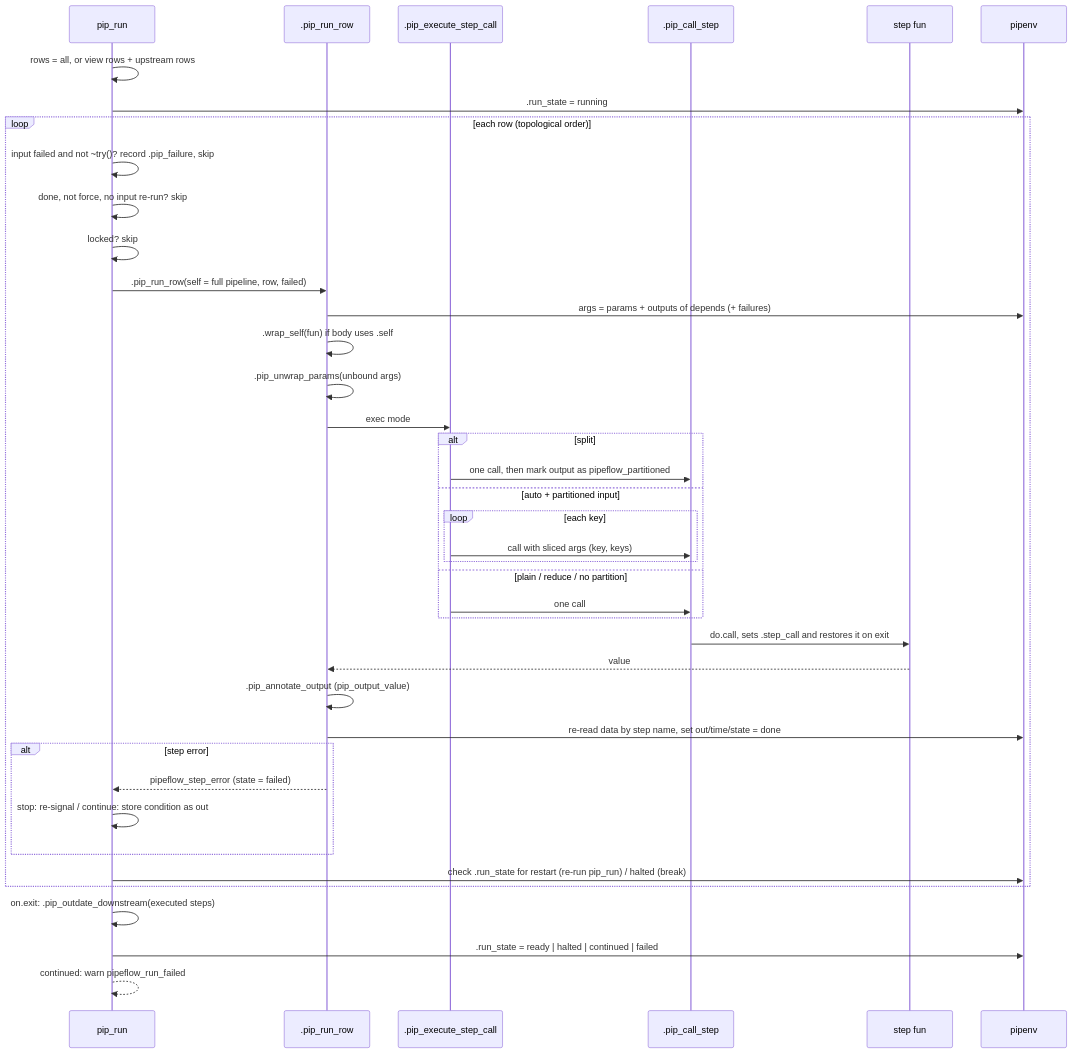
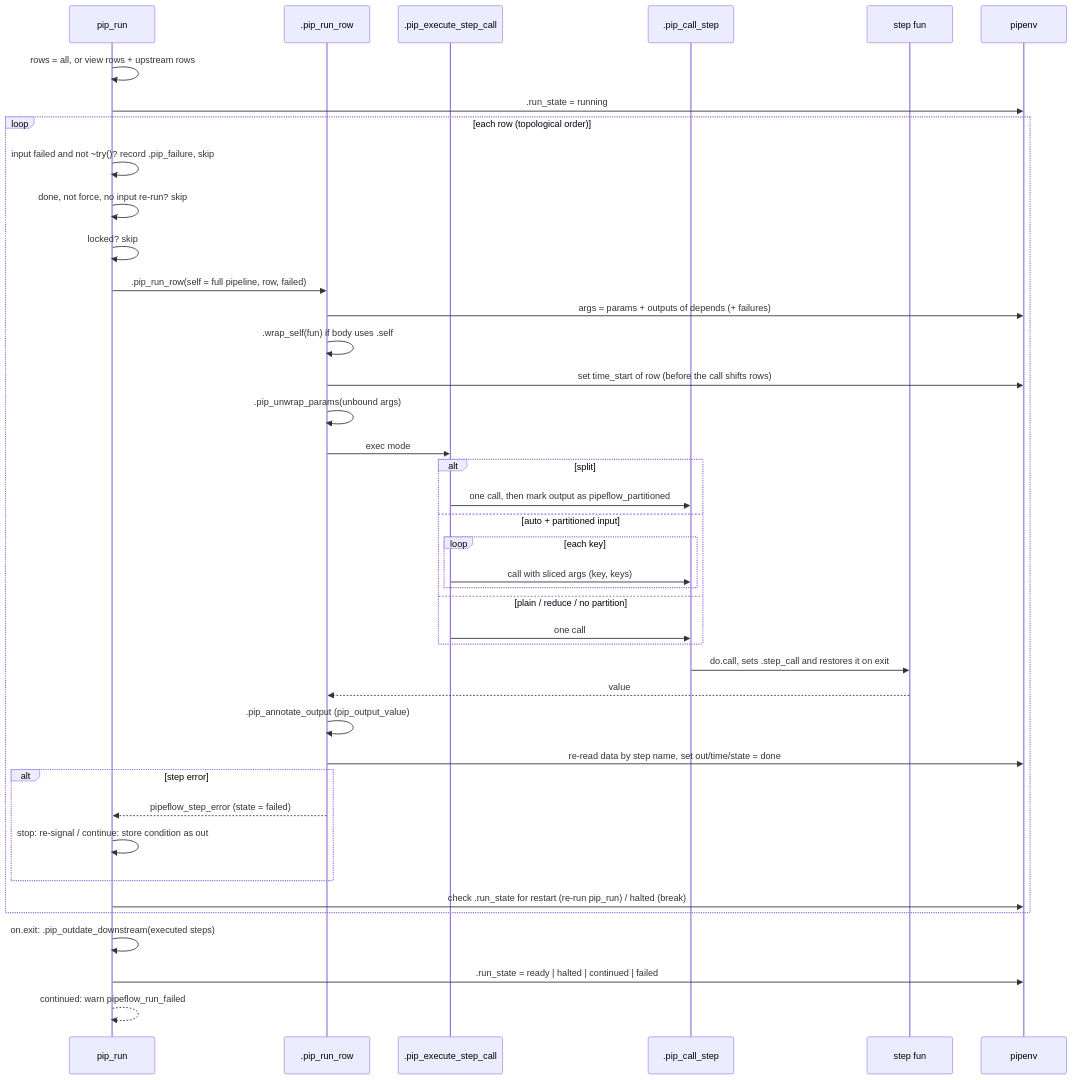
One commit to rpahl/pipeflow changed the sixth of 8 diagrams in dev/pipeflow.md. Above: the diagram before and after it, drawn with Mermaid. The commit also changed other lines of this file and 7 other files, not shown here.

First line of the commit message:
feat: add time_start column with the start of a step's last run

````diff
--- a/dev/pipeflow.md
+++ b/dev/pipeflow.md
@@ -327,43 +328,44 @@
 ```mermaid
 sequenceDiagram
     participant R as pip_run
     participant RR as .pip_run_row
     participant X as .pip_execute_step_call
     participant C as .pip_call_step
     participant F as step fun
     participant E as pipenv
 
     R->>R: rows = all, or view rows + upstream rows
     R->>E: .run_state = running
     loop each row (topological order)
         R->>R: input failed and not ~try()? record .pip_failure, skip
         R->>R: done, not force, no input re-run? skip
         R->>R: locked? skip
         R->>RR: .pip_run_row(self = full pipeline, row, failed)
         RR->>E: args = params + outputs of depends (+ failures)
         RR->>RR: .wrap_self(fun) if body uses .self
+        RR->>E: set time_start of row (before the call shifts rows)
         RR->>RR: .pip_unwrap_params(unbound args)
         RR->>X: exec mode
         alt split
             X->>C: one call, then mark output as pipeflow_partitioned
         else auto + partitioned input
             loop each key
                 X->>C: call with sliced args (key, keys)
             end
         else plain / reduce / no partition
             X->>C: one call
         end
         C->>F: do.call, sets .step_call and restores it on exit
         F-->>RR: value
         RR->>RR: .pip_annotate_output (pip_output_value)
         RR->>E: re-read data by step name, set out/time/state = done
         alt step error
             RR-->>R: pipeflow_step_error (state = failed)
             R->>R: stop: re-signal / continue: store condition as out
         end
         R->>E: check .run_state for restart (re-run pip_run) / halted (break)
     end
     R->>R: on.exit: .pip_outdate_downstream(executed steps)
     R->>E: .run_state = ready | halted | continued | failed
     R-->>R: continued: warn pipeflow_run_failed
 ```
````
